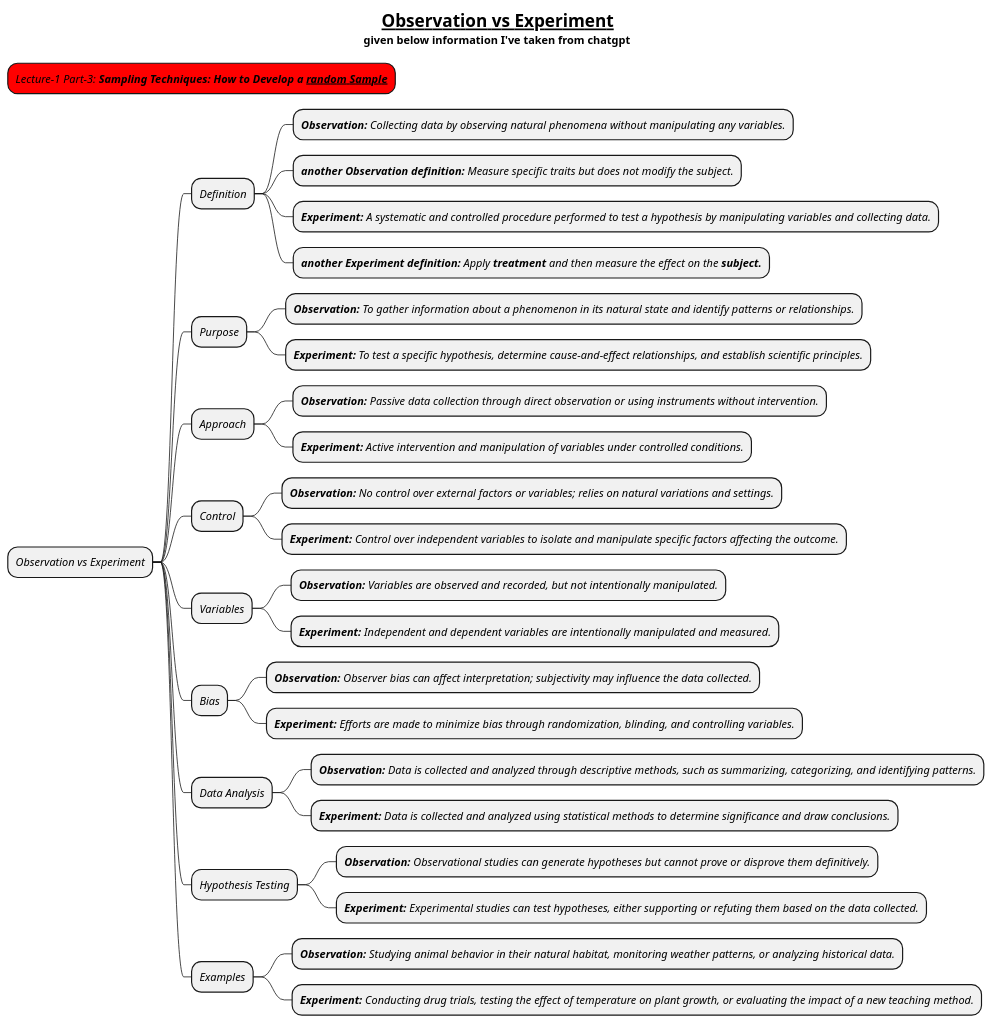
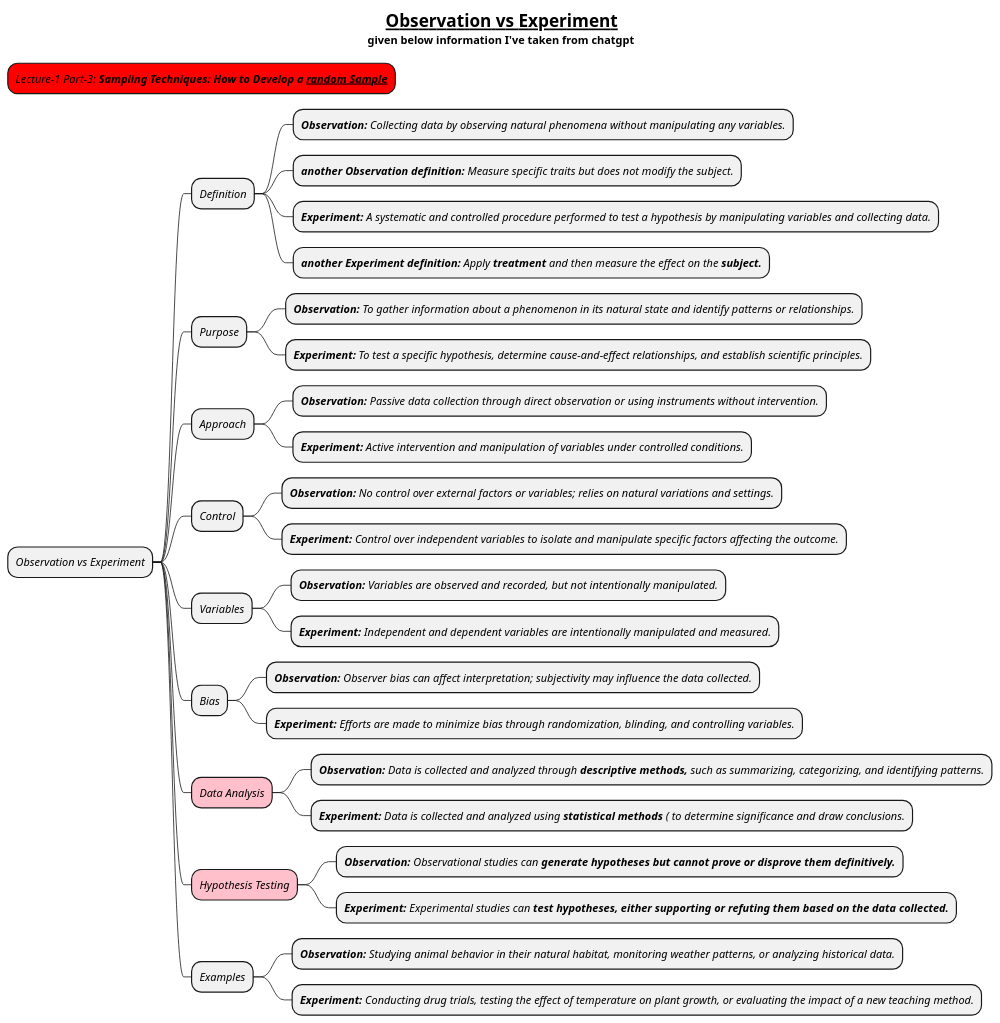
The diagram in docs/AI-ML- DL-Data-Science-and-BigData/statistics/professor-leonard/1-Observation-vs-Experiment.puml (MehmoodHashmi/Documentation-as-Code-DaC), drawn with PlantUML before and after one commit. The commit also changed 1 other file, not shown here.

```diff
--- a/docs/AI-ML- DL-Data-Science-and-BigData/statistics/professor-leonard/1-Observation-vs-Experiment.puml
+++ b/docs/AI-ML- DL-Data-Science-and-BigData/statistics/professor-leonard/1-Observation-vs-Experiment.puml
@@ -1,50 +1,50 @@
 @startmindmap
 skinparam node {
     FontStyle italic
 }
 
 title =__ Observation vs Experiment__\n given below information I've taken from chatgpt
 
 *[#red] Lecture-1 Part-3: **Sampling Techniques: How to Develop a __random Sample__**
 
 * Observation vs Experiment
 
 ** Definition
 *** **Observation:** Collecting data by observing natural phenomena without manipulating any variables.
 *** **another Observation definition:** Measure specific traits but does not modify the subject.
 *** **Experiment:** A systematic and controlled procedure performed to test a hypothesis by manipulating variables and collecting data.
 *** **another Experiment definition:** Apply **treatment** and then measure the effect on the **subject.**
 
 ** Purpose
 *** **Observation:** To gather information about a phenomenon in its natural state and identify patterns or relationships.
 *** **Experiment:** To test a specific hypothesis, determine cause-and-effect relationships, and establish scientific principles.
 
 ** Approach
 *** **Observation:** Passive data collection through direct observation or using instruments without intervention.
 *** **Experiment:** Active intervention and manipulation of variables under controlled conditions.
 
 ** Control
 *** **Observation:** No control over external factors or variables; relies on natural variations and settings.
 *** **Experiment:** Control over independent variables to isolate and manipulate specific factors affecting the outcome.
 
 ** Variables
 *** **Observation:** Variables are observed and recorded, but not intentionally manipulated.
 *** **Experiment:** Independent and dependent variables are intentionally manipulated and measured.
 
 ** Bias
 *** **Observation:** Observer bias can affect interpretation; subjectivity may influence the data collected.
 *** **Experiment:** Efforts are made to minimize bias through randomization, blinding, and controlling variables.
 
-** Data Analysis
-*** **Observation:** Data is collected and analyzed through descriptive methods, such as summarizing, categorizing, and identifying patterns.
-*** **Experiment:** Data is collected and analyzed using statistical methods to determine significance and draw conclusions.
+**[#pink] Data Analysis
+*** **Observation:** Data is collected and analyzed through **descriptive methods,** such as summarizing, categorizing, and identifying patterns.
+*** **Experiment:** Data is collected and analyzed using **statistical methods** ( to determine significance and draw conclusions.
 
-** Hypothesis Testing
-*** **Observation:** Observational studies can generate hypotheses but cannot prove or disprove them definitively.
-*** **Experiment:** Experimental studies can test hypotheses, either supporting or refuting them based on the data collected.
+**[#pink] Hypothesis Testing
+*** **Observation:** Observational studies can **generate hypotheses but cannot prove or disprove them definitively.**
+*** **Experiment:** Experimental studies can **test hypotheses, either supporting or refuting them based on the data collected.**
 
 ** Examples
 *** **Observation:** Studying animal behavior in their natural habitat, monitoring weather patterns, or analyzing historical data.
 *** **Experiment:** Conducting drug trials, testing the effect of temperature on plant growth, or evaluating the impact of a new teaching method.
 
 @endmindmap
```
